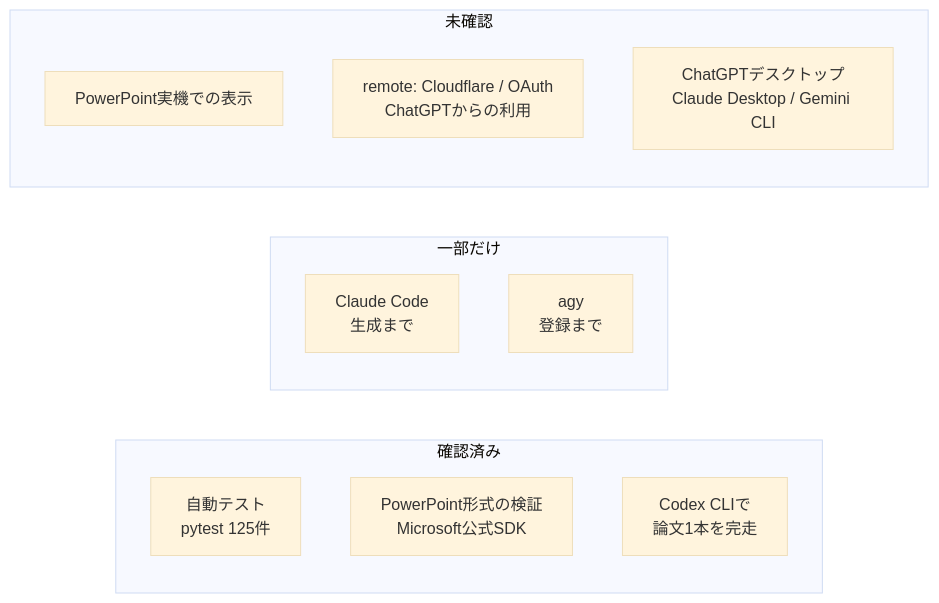
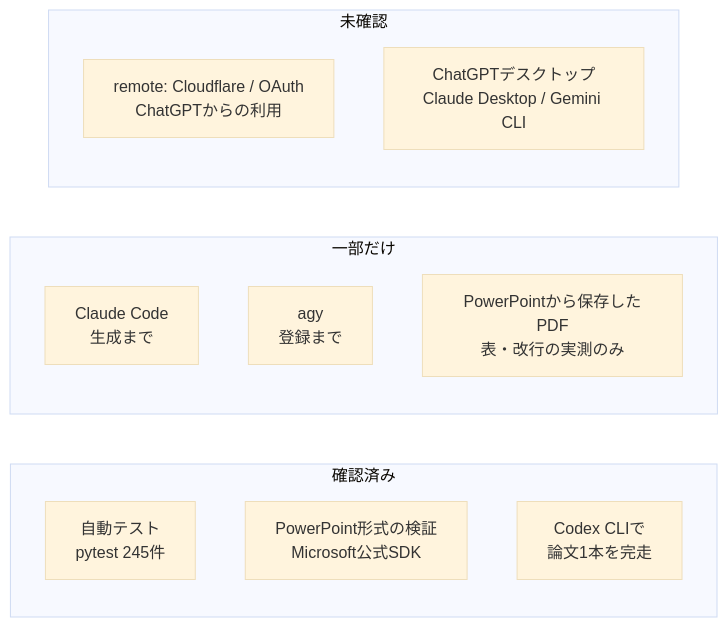
The diagram in docs/verified.md (cercil0605/ResearchSlideAgent), drawn with Mermaid (base theme) before and after one commit. The commit also changed other lines of this file and 15 other files, not shown here.

````diff
--- a/docs/verified.md
+++ b/docs/verified.md
@@ -5,17 +5,17 @@
 ```mermaid
 flowchart LR
     subgraph OK[確認済み]
-        A[自動テスト<br/>pytest 125件]
+        A[自動テスト<br/>pytest 245件]
         B[PowerPoint形式の検証<br/>Microsoft公式SDK]
         C[Codex CLIで<br/>論文1本を完走]
     end
     subgraph PART[一部だけ]
         D[Claude Code<br/>生成まで]
         E[agy<br/>登録まで]
+        F[PowerPointから保存したPDF<br/>表・改行の実測のみ]
     end
     subgraph NO[未確認]
-        F[PowerPoint実機での表示]
         G[remote: Cloudflare / OAuth<br/>ChatGPTからの利用]
         H[ChatGPTデスクトップ<br/>Claude Desktop / Gemini CLI]
     end
 ```
````
